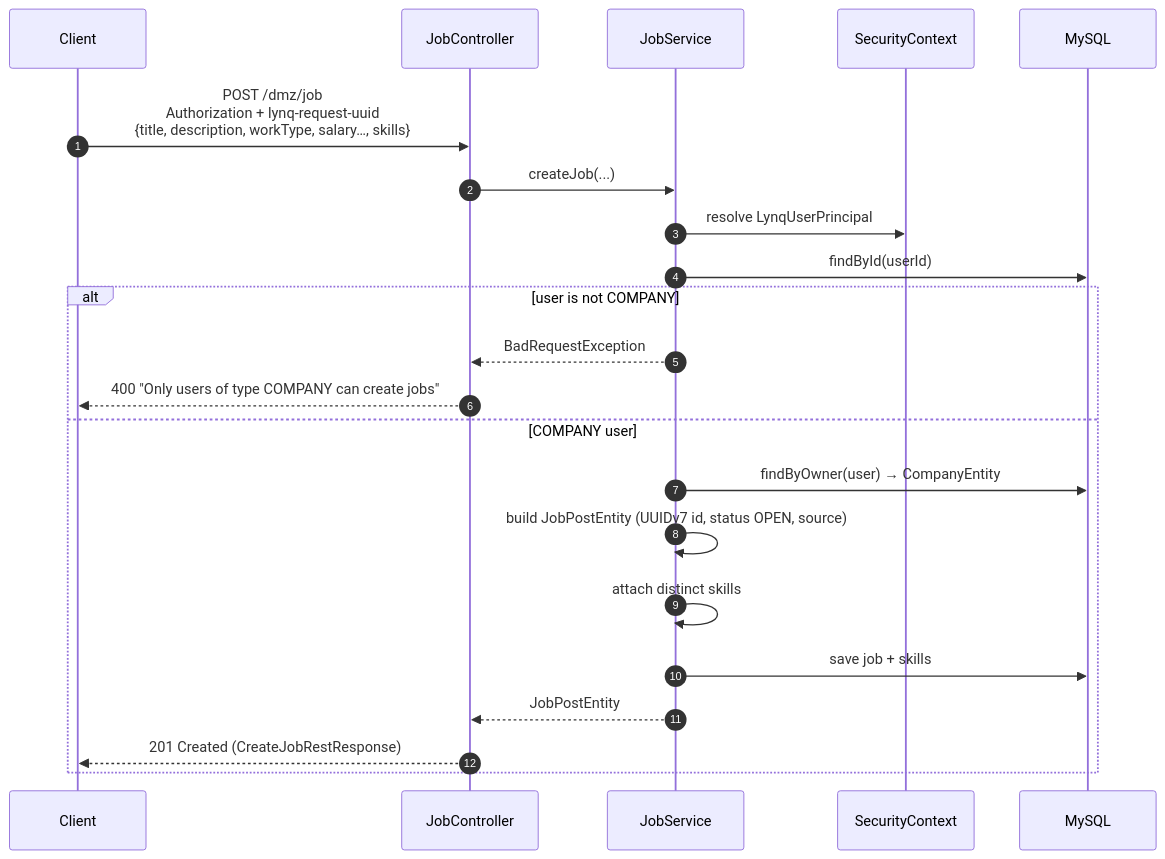
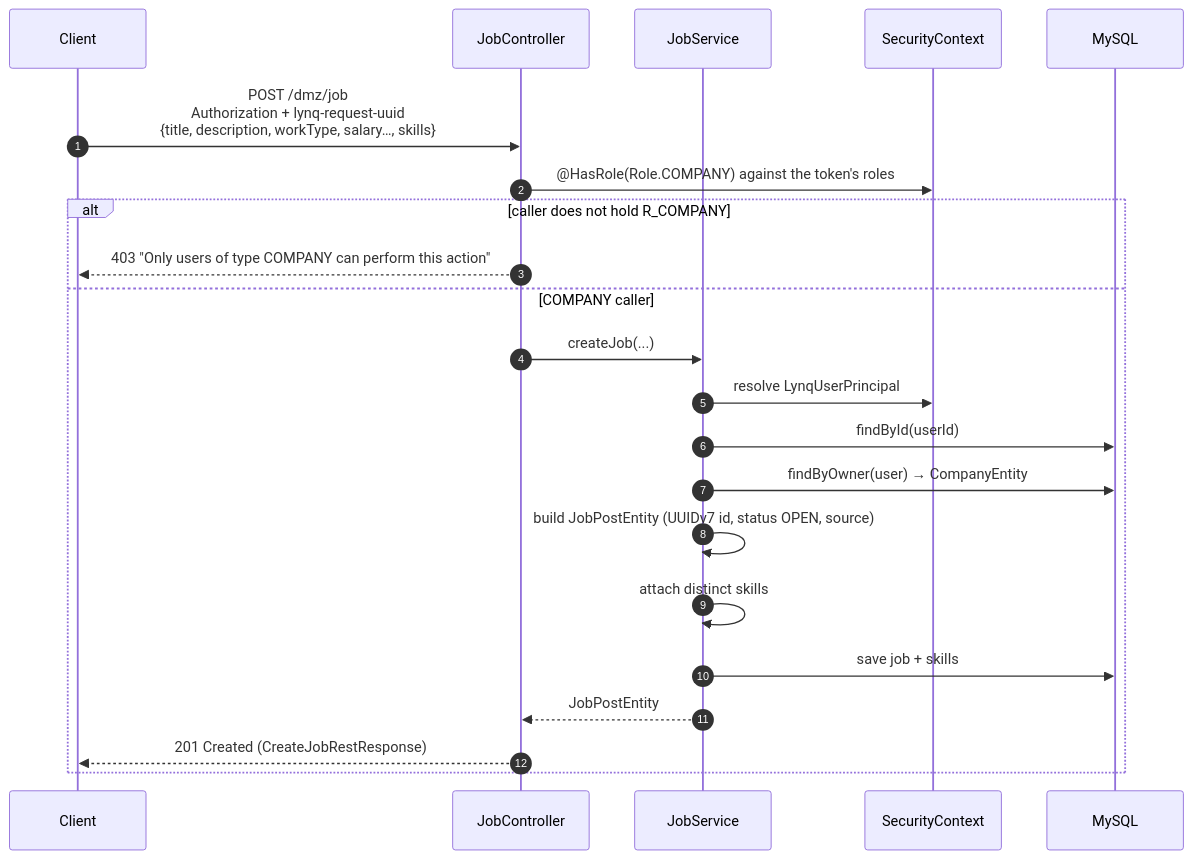
One commit to MatLock/UdeSA-lynq changed the first of 4 diagrams in lynq-app-backend/README.md. Above: the diagram before and after it, drawn with Mermaid. The commit also changed other lines of this file and 34 other files, not shown here.

First line of the commit message:
[lynq-app-backend]: authorize the candidate and company endpoints with @HasRole

````diff
--- a/lynq-app-backend/README.md
+++ b/lynq-app-backend/README.md
@@ -134,25 +142,25 @@
 ```mermaid
 sequenceDiagram
     autonumber
     participant C as Client
     participant Ctrl as JobController
     participant Svc as JobService
     participant Sec as SecurityContext
     participant DB as MySQL
 
     C->>Ctrl: POST /dmz/job<br/>Authorization + lynq-request-uuid<br/>{title, description, workType, salary…, skills}
-    Ctrl->>Svc: createJob(...)
-    Svc->>Sec: resolve LynqUserPrincipal
-    Svc->>DB: findById(userId)
-    alt user is not COMPANY
-        Svc-->>Ctrl: BadRequestException
-        Ctrl-->>C: 400 "Only users of type COMPANY can create jobs"
-    else COMPANY user
+    Ctrl->>Sec: @HasRole(Role.COMPANY) against the token's roles
+    alt caller does not hold R_COMPANY
+        Ctrl-->>C: 403 "Only users of type COMPANY can perform this action"
+    else COMPANY caller
+        Ctrl->>Svc: createJob(...)
+        Svc->>Sec: resolve LynqUserPrincipal
+        Svc->>DB: findById(userId)
         Svc->>DB: findByOwner(user) → CompanyEntity
         Svc->>Svc: build JobPostEntity (UUIDv7 id, status OPEN, source)
         Svc->>Svc: attach distinct skills
         Svc->>DB: save job + skills
         Svc-->>Ctrl: JobPostEntity
         Ctrl-->>C: 201 Created (CreateJobRestResponse)
     end
 ```
````
